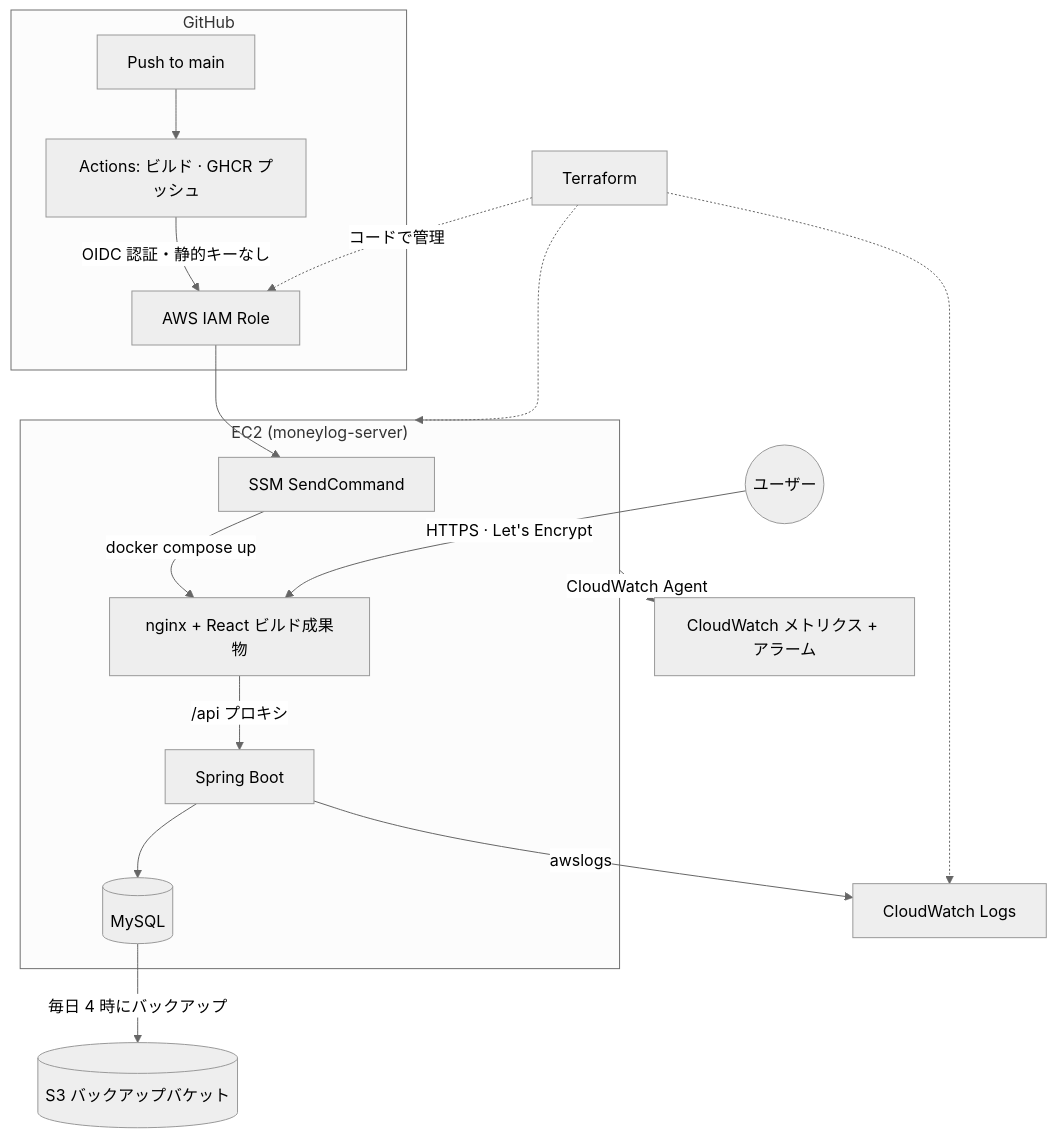
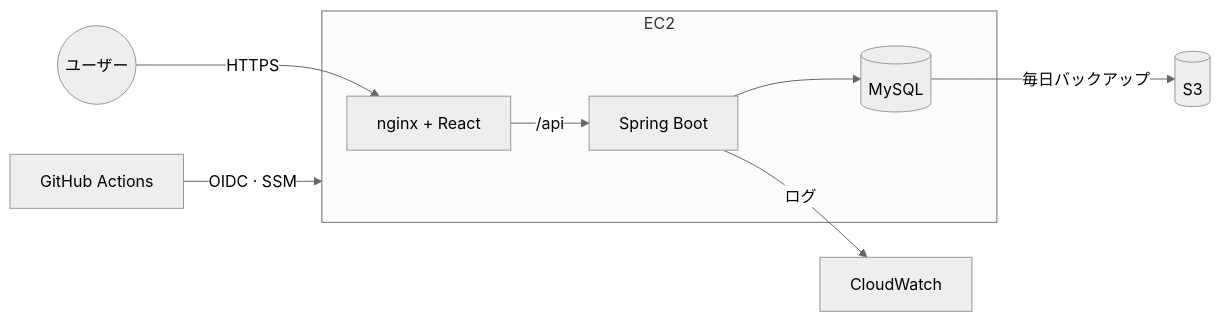
One commit to DANIELSUNWOO/moneylog changed the diagram in README.ja.md. Above: the diagram before and after it, drawn with Mermaid (neutral theme). The commit also changed other lines of this file, not shown here.

````diff
--- a/README.ja.md
+++ b/README.ja.md
@@ -65,25 +37,14 @@
 ```mermaid
-flowchart TB
-    U((ユーザー))
-
-    subgraph GH["GitHub"]
-        A[Push to main] --> B[Actions: ビルド · GHCR プッシュ]
-        B -->|OIDC 認証・静的キーなし| C[AWS IAM Role]
+flowchart LR
+    U((ユーザー)) -->|HTTPS| F[nginx + React]
+    F -->|/api| G[Spring Boot]
+    G --> H[(MySQL)]
+    GH[GitHub Actions] -->|OIDC · SSM| EC2
+    subgraph EC2
+        F
+        G
+        H
     end
-
-    C --> D[SSM SendCommand]
-
-    subgraph EC2["EC2 (moneylog-server)"]
-        D -->|docker compose up| F[nginx + React ビルド成果物]
-        F -->|/api プロキシ| G[Spring Boot]
-        G --> H[(MySQL)]
-    end
-
-    U -->|HTTPS · Let's Encrypt| F
-    G -->|awslogs| J[CloudWatch Logs]
-    EC2 -->|CloudWatch Agent| K[CloudWatch メトリクス + アラーム]
-    H -->|毎日 4 時にバックアップ| L[(S3 バックアップバケット)]
-    M[Terraform] -.コードで管理.-> C
-    M -.-> EC2
-    M -.-> J
+    H -->|毎日バックアップ| S3[(S3)]
+    G -->|ログ| CW[CloudWatch]
 ```
````
